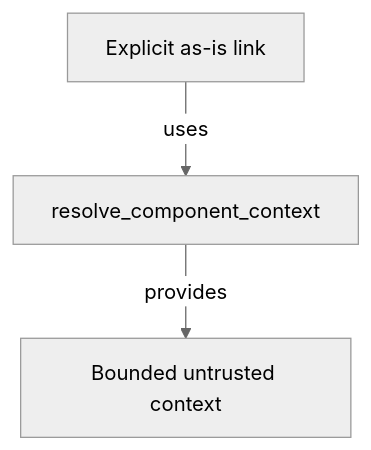
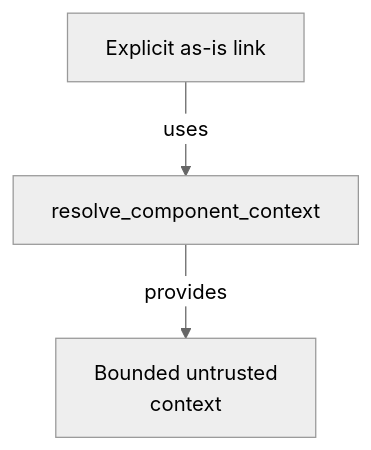
The diagram in components/linked-context/as-is.md (abstract-business-systems/as-is), drawn with Mermaid (neutral theme) before and after one commit. The commit also changed 47 other files, not shown here.

Commit message:
docs(diagrams): improve Mermaid readability validation

````diff
--- a/components/linked-context/as-is.md
+++ b/components/linked-context/as-is.md
@@ -21,5 +21,5 @@
 ```mermaid
 flowchart TD
     A["Explicit as-is link"] -->|uses| B["resolve_component_context"]
-    B -->|provides| C["Bounded untrusted context"]
+    B -->|provides| C["Bounded untrusted<br/>context"]
 ```
````
